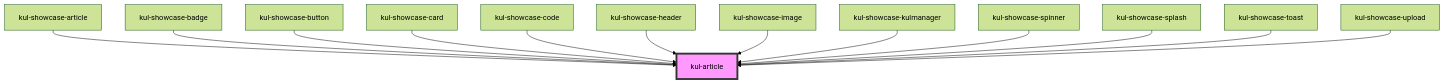
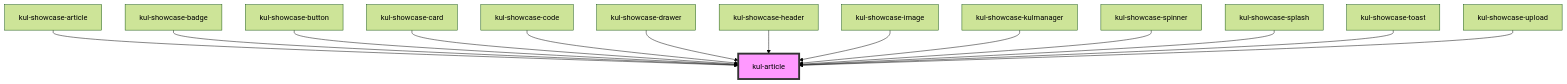
One commit to smeup/ketchup changed the diagram in packages/ketchup-lite/src/components/kul-article/readme.md. Above: the diagram before and after it, drawn with Mermaid (forest theme). The commit also changed other lines of this file and 23 other files, not shown here.

````diff
--- a/packages/ketchup-lite/src/components/kul-article/readme.md
+++ b/packages/ketchup-lite/src/components/kul-article/readme.md
@@ -95,16 +96,17 @@
 ```mermaid
 graph TD;
   kul-showcase-article --> kul-article
   kul-showcase-badge --> kul-article
   kul-showcase-button --> kul-article
   kul-showcase-card --> kul-article
   kul-showcase-code --> kul-article
+  kul-showcase-drawer --> kul-article
   kul-showcase-header --> kul-article
   kul-showcase-image --> kul-article
   kul-showcase-kulmanager --> kul-article
   kul-showcase-spinner --> kul-article
   kul-showcase-splash --> kul-article
   kul-showcase-toast --> kul-article
   kul-showcase-upload --> kul-article
   style kul-article fill:#f9f,stroke:#333,stroke-width:4px
 ```
````
